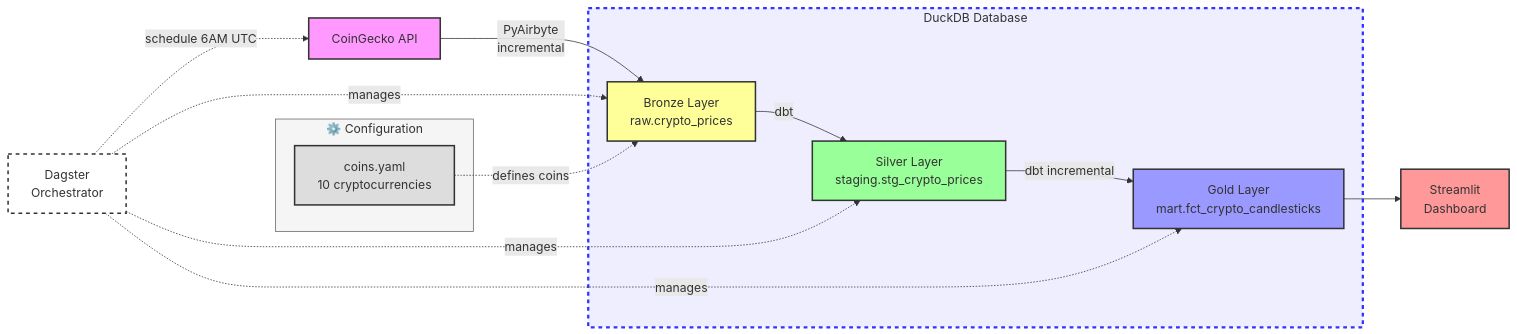
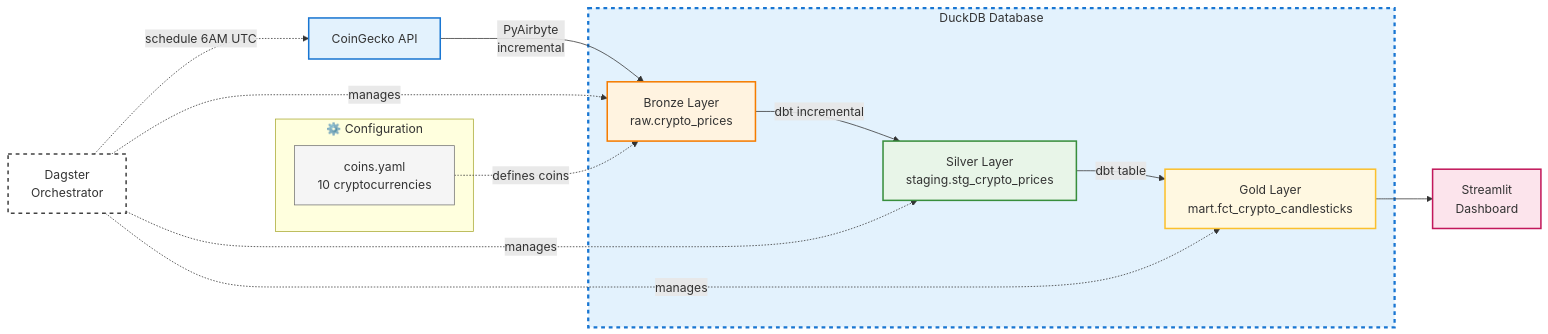
The diagram in docs/diagrams/architecture.mmd (mohamed-boughattas/crypto-elt-pipeline), drawn with Mermaid before and after one commit. The commit also changed 2 other files, not shown here.

Commit message:
docs: replace inline mermaid with SVG diagram for better GitHub rendering
- Update architecture.mmd with cleaner Mermaid code
- Generate architecture.svg with white background
- Update README.md to reference SVG instead of inline mermaid
- Enhance README intro with key differentiators

```diff
--- a/docs/diagrams/architecture.mmd
+++ b/docs/diagrams/architecture.mmd
@@ -1,32 +1,40 @@
 graph LR
     subgraph Config["⚙️ Configuration"]
         Y[coins.yaml<br/>10 cryptocurrencies]
     end
 
     A[CoinGecko API] -->|PyAirbyte<br/>incremental| B[Bronze Layer<br/>raw.crypto_prices]
-    B -->|dbt| C[Silver Layer<br/>staging.stg_crypto_prices]
-    C -->|dbt incremental| D[Gold Layer<br/>mart.fct_crypto_candlesticks]
+    B -->|dbt incremental| C[Silver Layer<br/>staging.stg_crypto_prices]
+    C -->|dbt table| D[Gold Layer<br/>mart.fct_crypto_candlesticks]
     D --> E[Streamlit<br/>Dashboard]
 
     F[Dagster<br/>Orchestrator] -.->|manages| B
     F -.->|manages| C
     F -.->|manages| D
     F -.->|schedule 6AM UTC| A
 
     Y -.->|defines coins| B
 
     subgraph DuckDB["DuckDB Database"]
         B
         C
         D
     end
 
-    style A fill:#f9f,stroke:#333,stroke-width:2px
-    style B fill:#ff9,stroke:#333,stroke-width:2px
-    style C fill:#9f9,stroke:#333,stroke-width:2px
-    style D fill:#99f,stroke:#333,stroke-width:2px
-    style E fill:#f99,stroke:#333,stroke-width:2px
-    style F fill:#fff,stroke:#333,stroke-width:2px,stroke-dasharray: 5 5
-    style Y fill:#ddd,stroke:#333,stroke-width:2px
-    style DuckDB fill:#eef,stroke:#33f,stroke-width:3px,stroke-dasharray: 5 5
-    style Config fill:#f5f5f5,stroke:#666,stroke-width:1px
+    classDef api fill:#e3f2fd,stroke:#1976d2,stroke-width:2px
+    classDef bronze fill:#fff3e0,stroke:#f57c00,stroke-width:2px
+    classDef silver fill:#e8f5e8,stroke:#388e3c,stroke-width:2px
+    classDef gold fill:#fff8e1,stroke:#fbc02d,stroke-width:2px
+    classDef dashboard fill:#fce4ec,stroke:#c2185b,stroke-width:2px
+    classDef orchestrator fill:#ffffff,stroke:#424242,stroke-width:2px,stroke-dasharray: 5 5
+    classDef config fill:#f5f5f5,stroke:#757575,stroke-width:1px
+    classDef database fill:#e3f2fd,stroke:#1976d2,stroke-width:3px,stroke-dasharray: 5 5
+
+    class A api
+    class B bronze
+    class C silver
+    class D gold
+    class E dashboard
+    class F orchestrator
+    class Y config
+    class DuckDB database
```
